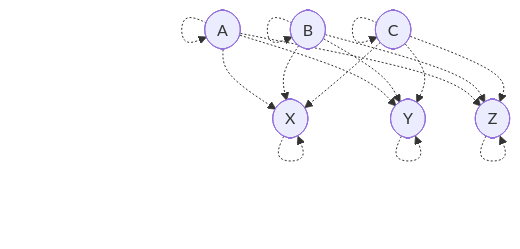
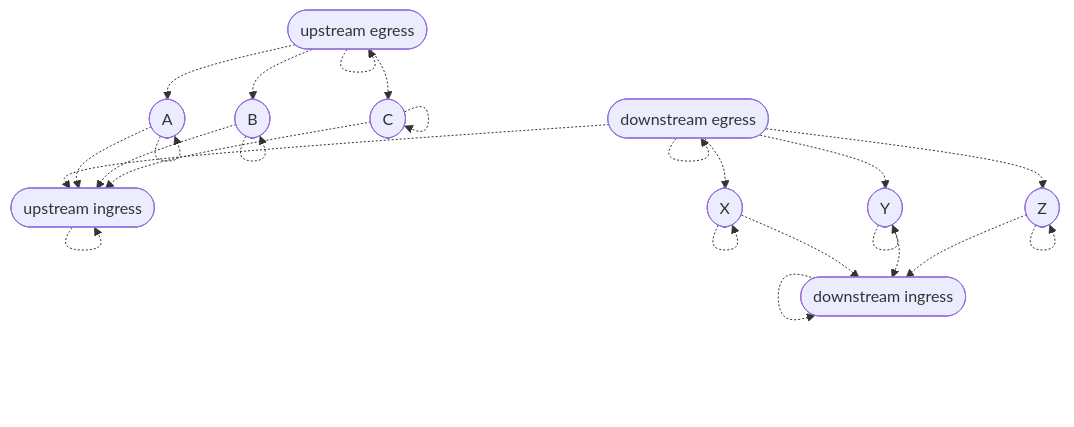
Before and after one commit to stepchowfun/proofs: diagram 21 of 22 in proofs/AdmissibilityGraph/README.md, drawn with Mermaid. The commit also changed other lines of this file, not shown here.

Commit message:
Wordsmith the admissibility graph README

````diff
--- a/proofs/AdmissibilityGraph/README.md
+++ b/proofs/AdmissibilityGraph/README.md
@@ -496,17 +428,40 @@
 ```mermaid
 flowchart TD
+  e1([upstream egress])
+  i1([upstream ingress])
   a([A])
   b([B])
   c([C])
+
+  e2([downstream egress])
+  i2([downstream ingress])
   x([X])
   y([Y])
   z([Z])
 
+  e2 -.-> i1
+
+  e1 -.-> e1
+  i1 -.-> i1
   a -.-> a
   b -.-> b
   c -.-> c
+  e1 -.-> a
+  e1 -.-> b
+  e1 -.-> c
+  a -.-> i1
+  b -.-> i1
+  c -.-> i1
+
+  e2 -.-> e2
+  i2 -.-> i2
   x -.-> x
   y -.-> y
   z -.-> z
-  a & b & c -.-> x & y & z
+  e2 -.-> x
+  e2 -.-> y
+  e2 -.-> z
+  x -.-> i2
+  y -.-> i2
+  z -.-> i2
 ```
````
